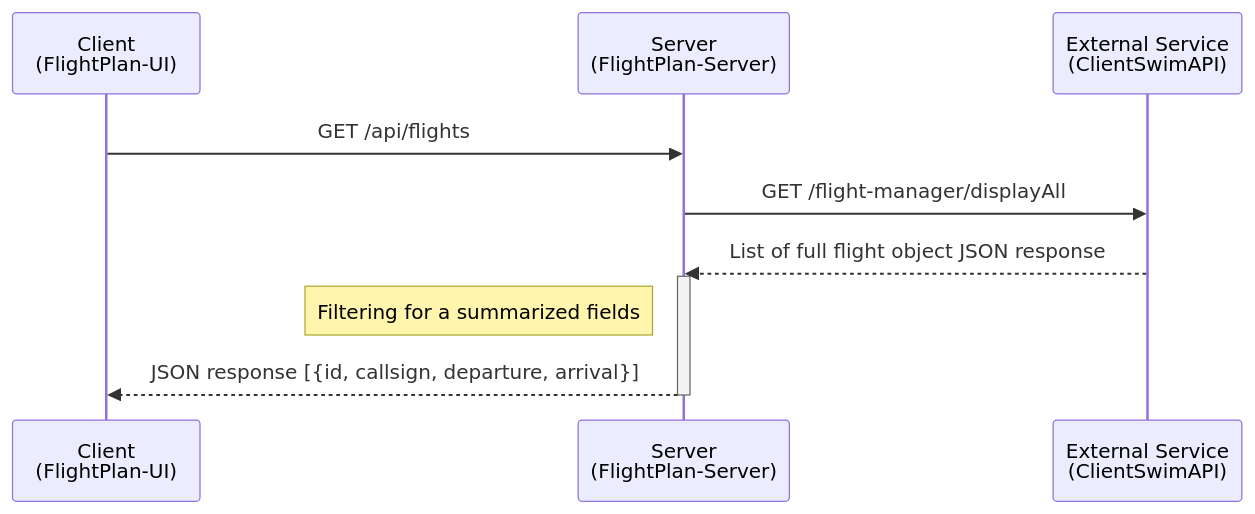
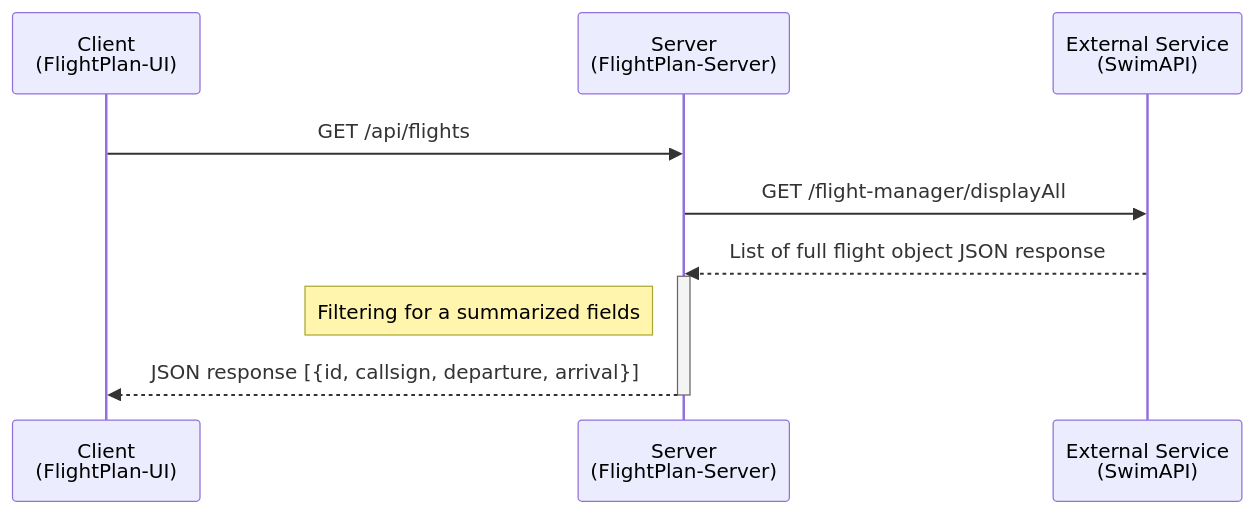
Before and after one commit to ST-tienhon/flightplan-server: the fourth of 5 diagrams in README.md, drawn with Mermaid. The commit also changed other lines of this file, not shown here.

````diff
--- a/README.md
+++ b/README.md
@@ -176,13 +176,13 @@
 ```mermaid
 sequenceDiagram
     participant A as Client <br/> (FlightPlan-UI)
     participant B as Server <br/> (FlightPlan-Server)
-    participant C as External Service <br/> (ClientSwimAPI)
+    participant C as External Service <br/> (SwimAPI)
     A->>B: GET /api/flights
     B->>C: GET /flight-manager/displayAll
     C-->>B: List of full flight object JSON response
     activate B
     note left of B: Filtering for a summarized fields
     B-->>A: JSON response [{id, callsign, departure, arrival}]
     deactivate B
 ```
````
